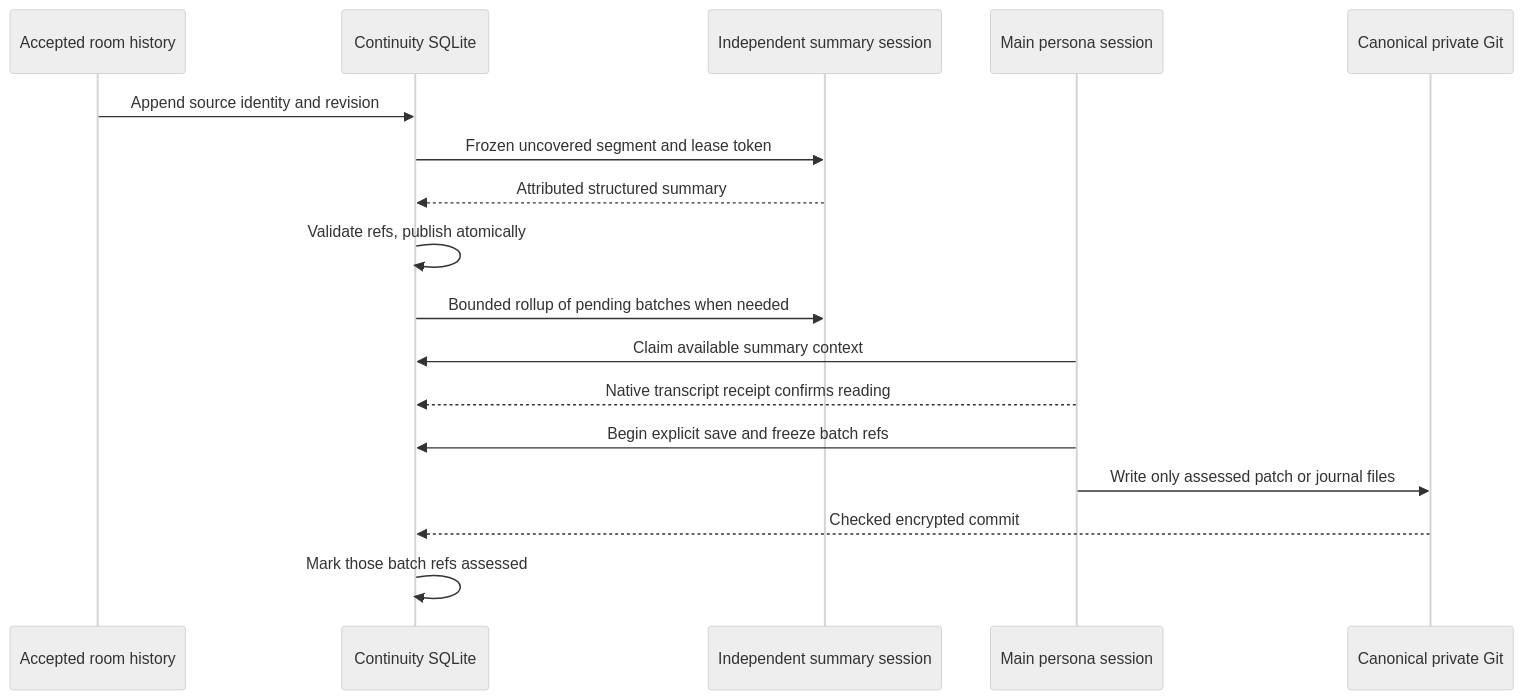
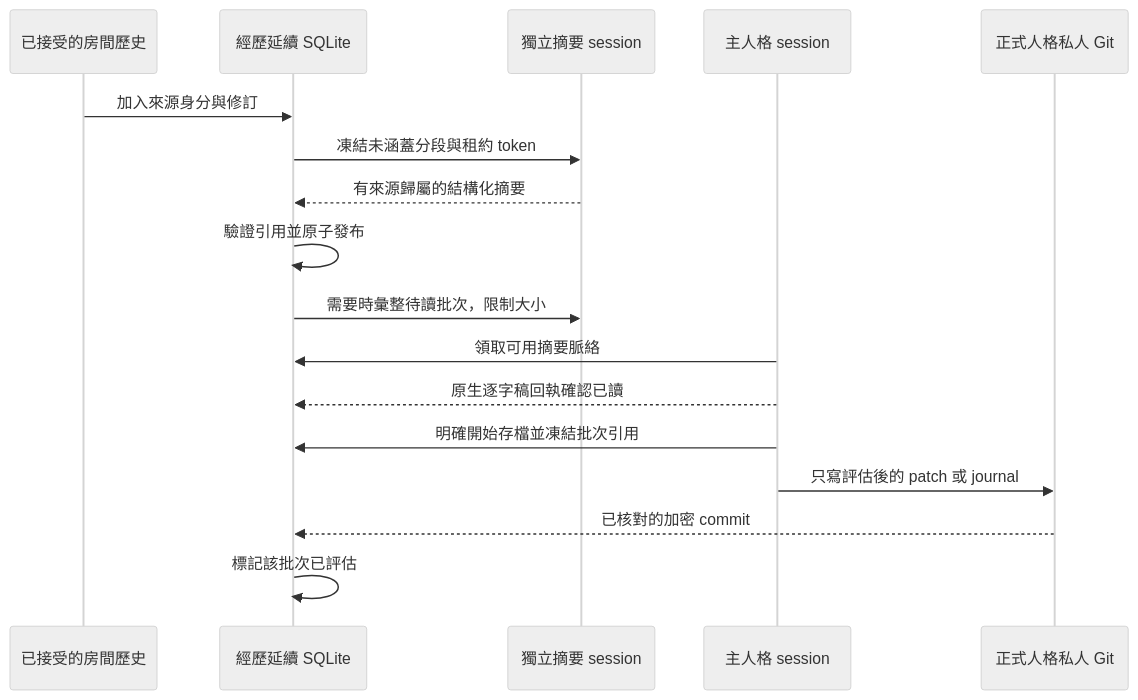
One commit to KerberosClaw/kc_agent_a2a changed the second of 2 diagrams in docs/flows.md. Above: the diagram before and after it, drawn with Mermaid (neutral theme). The commit also changed other lines of this file and 15 other files, not shown here.

````diff
--- a/docs/flows.md
+++ b/docs/flows.md
@@ -28,19 +30,19 @@
 ```mermaid
 sequenceDiagram
-    participant Chat as Accepted room history
-    participant Ledger as Continuity SQLite
-    participant Job as Independent summary session
-    participant Main as Main persona session
-    participant Git as Canonical private Git
-    Chat->>Ledger: Append source identity and revision
-    Ledger->>Job: Frozen uncovered segment and lease token
-    Job-->>Ledger: Attributed structured summary
-    Ledger->>Ledger: Validate refs, publish atomically
-    Ledger->>Job: Bounded rollup of pending batches when needed
-    Main->>Ledger: Claim available summary context
-    Main-->>Ledger: Native transcript receipt confirms reading
-    Main->>Ledger: Begin explicit save and freeze batch refs
-    Main->>Git: Write only assessed patch or journal files
-    Git-->>Ledger: Checked encrypted commit
-    Ledger->>Ledger: Mark those batch refs assessed
+    participant Chat as 已接受的房間歷史
+    participant Ledger as 經歷延續 SQLite
+    participant Job as 獨立摘要 session
+    participant Main as 主人格 session
+    participant Git as 正式人格私人 Git
+    Chat->>Ledger: 加入來源身分與修訂
+    Ledger->>Job: 凍結未涵蓋分段與租約 token
+    Job-->>Ledger: 有來源歸屬的結構化摘要
+    Ledger->>Ledger: 驗證引用並原子發布
+    Ledger->>Job: 需要時彙整待讀批次，限制大小
+    Main->>Ledger: 領取可用摘要脈絡
+    Main-->>Ledger: 原生逐字稿回執確認已讀
+    Main->>Ledger: 明確開始存檔並凍結批次引用
+    Main->>Git: 只寫評估後的 patch 或 journal
+    Git-->>Ledger: 已核對的加密 commit
+    Ledger->>Ledger: 標記該批次已評估
 ```
````
